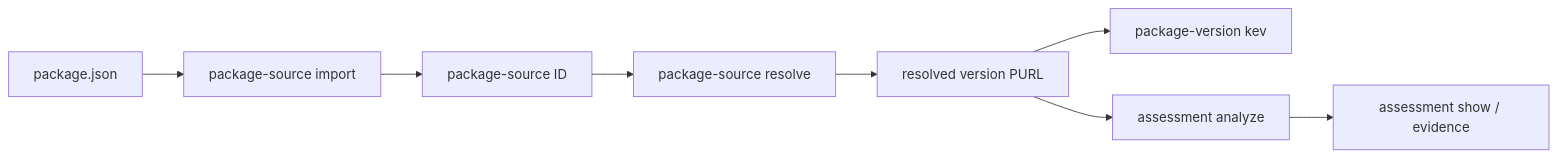
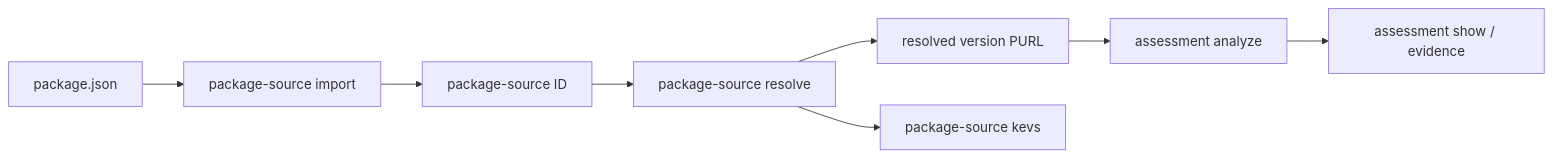
Before and after one commit to mitre/hipcheck: the diagram in night-vision/docs/rfds/0004-nvdb-demo-workflow.md, drawn with Mermaid. The commit also changed other lines of this file and 18 other files, not shown here.

````diff
--- a/night-vision/docs/rfds/0004-nvdb-demo-workflow.md
+++ b/night-vision/docs/rfds/0004-nvdb-demo-workflow.md
@@ -80,10 +80,10 @@
 ```mermaid
 flowchart LR
     source[package.json] --> import[package-source import]
     import --> id[package-source ID]
     id --> resolve[package-source resolve]
     resolve --> purl[resolved version PURL]
-    purl --> kev[package-version kev]
+    resolve --> kevs[package-source kevs]
     purl --> assessment[assessment analyze]
     assessment --> evidence[assessment show / evidence]
 ```
````
